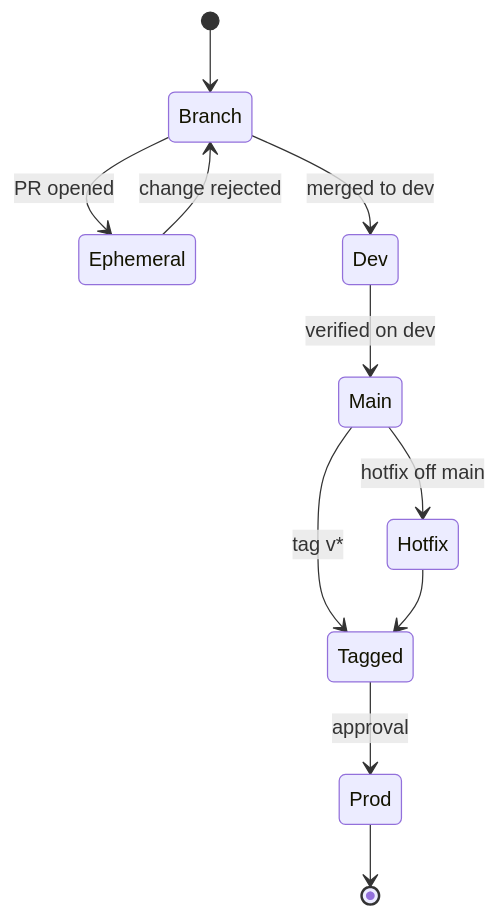
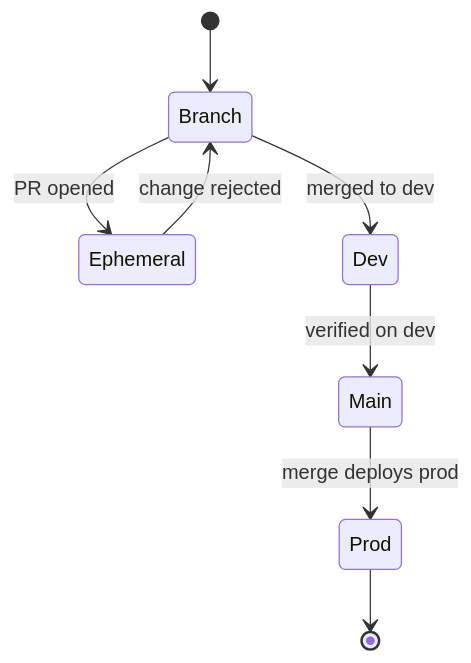
One commit to Solstice-Health/engineering-specs changed the fourth of 5 diagrams in plans/SOL-2934-agent-platform-deployment-environments.md. Above: the diagram before and after it, drawn with Mermaid. The commit also changed other lines of this file, not shown here.

Commit message:
SOL-2934: defer GitHub Environments, approval gate, tag release and role rename

````diff
--- a/plans/SOL-2934-agent-platform-deployment-environments.md
+++ b/plans/SOL-2934-agent-platform-deployment-environments.md
@@ -236,13 +236,10 @@
 ```mermaid
 stateDiagram-v2
     [*] --> Branch
     Branch --> Ephemeral: PR opened
     Ephemeral --> Branch: change rejected
     Branch --> Dev: merged to dev
     Dev --> Main: verified on dev
-    Main --> Tagged: tag v*
-    Tagged --> Prod: approval
+    Main --> Prod: merge deploys prod
     Prod --> [*]
-    Main --> Hotfix: hotfix off main
-    Hotfix --> Tagged
 ```
````
